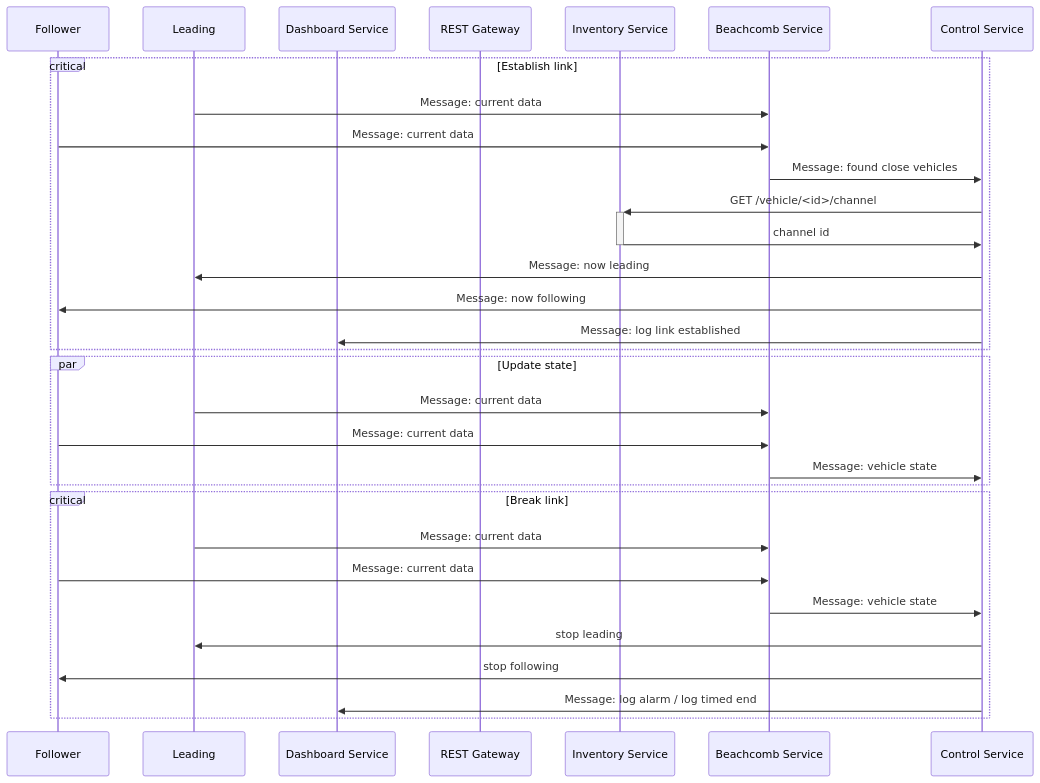
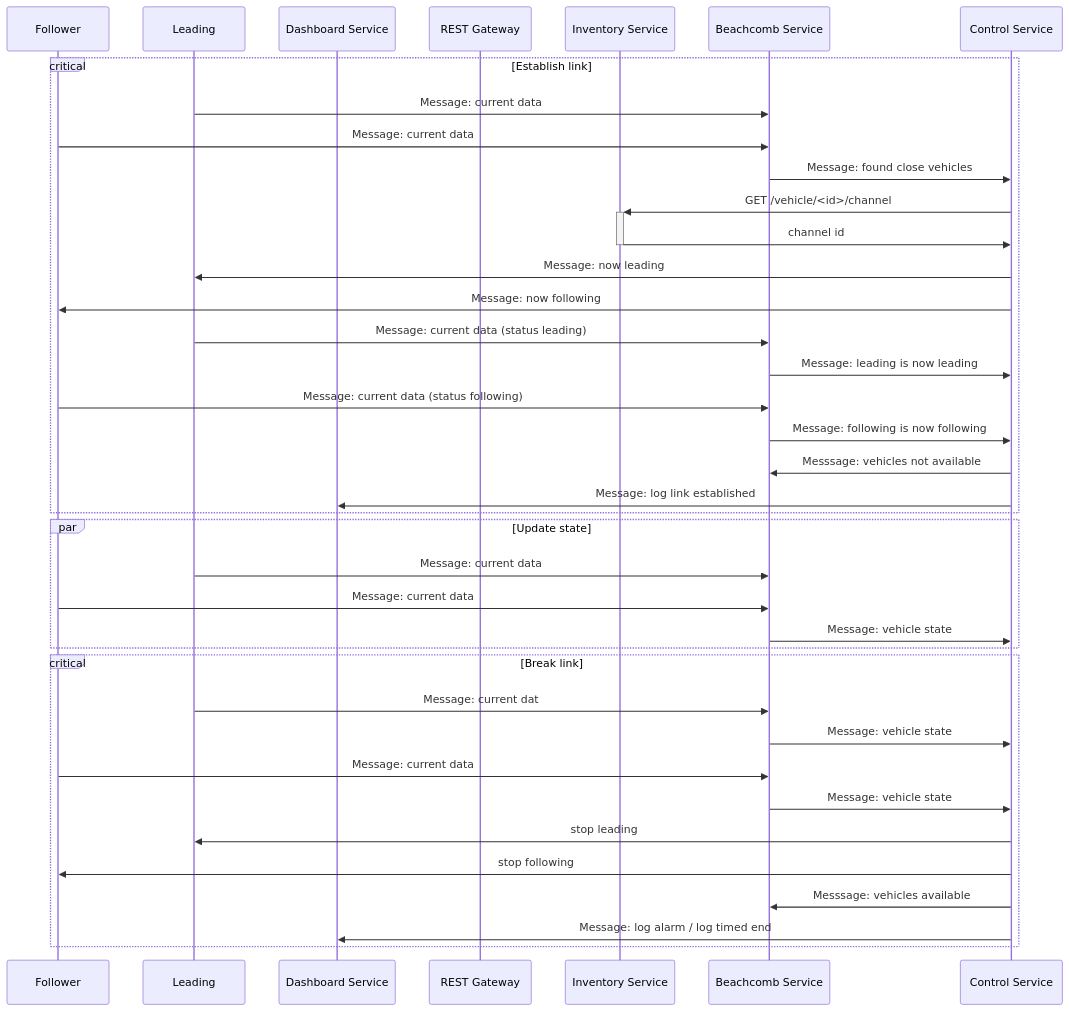
One commit to Maustrian3/DSE24 changed the first of 3 diagrams in README.md. Above: the diagram before and after it, drawn with Mermaid. The commit also changed other lines of this file, not shown here.

````diff
--- a/README.md
+++ b/README.md
@@ -6,33 +6,47 @@
 ```mermaid
 sequenceDiagram
   participant Follower
   participant Leading
   participant Dashboard as Dashboard Service
   participant REST as REST Gateway
   participant Inventory as Inventory Service
   participant Beachcomb as Beachcomb Service
   participant Control as Control Service
   critical Establish link
     Leading ->> Beachcomb: Message: current data
     Follower ->> Beachcomb: Message: current data
     Beachcomb ->> Control: Message: found close vehicles
+
     Control ->>+ Inventory: GET /vehicle/<id>/channel
     Inventory ->>- Control: channel id
+    
     Control ->> Leading: Message: now leading
     Control ->> Follower: Message: now following
+    
+    Leading ->> Beachcomb: Message: current data (status leading)
+    Beachcomb ->> Control: Message: leading is now leading
+    Follower ->> Beachcomb: Message: current data (status following)
+    Beachcomb ->> Control: Message: following is now following
+
+    Control ->> Beachcomb: Messsage: vehicles not available
     Control ->> Dashboard: Message: log link established
   end
   par Update state
     Leading ->> Beachcomb: Message: current data
     Follower ->> Beachcomb: Message: current data
     Beachcomb ->> Control: Message: vehicle state 
   end
   critical Break link
-    Leading ->> Beachcomb: Message: current data
+    Leading ->> Beachcomb: Message: current dat
+    Beachcomb ->> Control: Message: vehicle state
+
     Follower ->> Beachcomb: Message: current data
     Beachcomb ->> Control: Message: vehicle state
+ 
     Control ->> Leading: stop leading
     Control ->> Follower: stop following
+
+    Control ->> Beachcomb: Messsage: vehicles available
     Control ->> Dashboard: Message: log alarm / log timed end
   end
 ```
````
